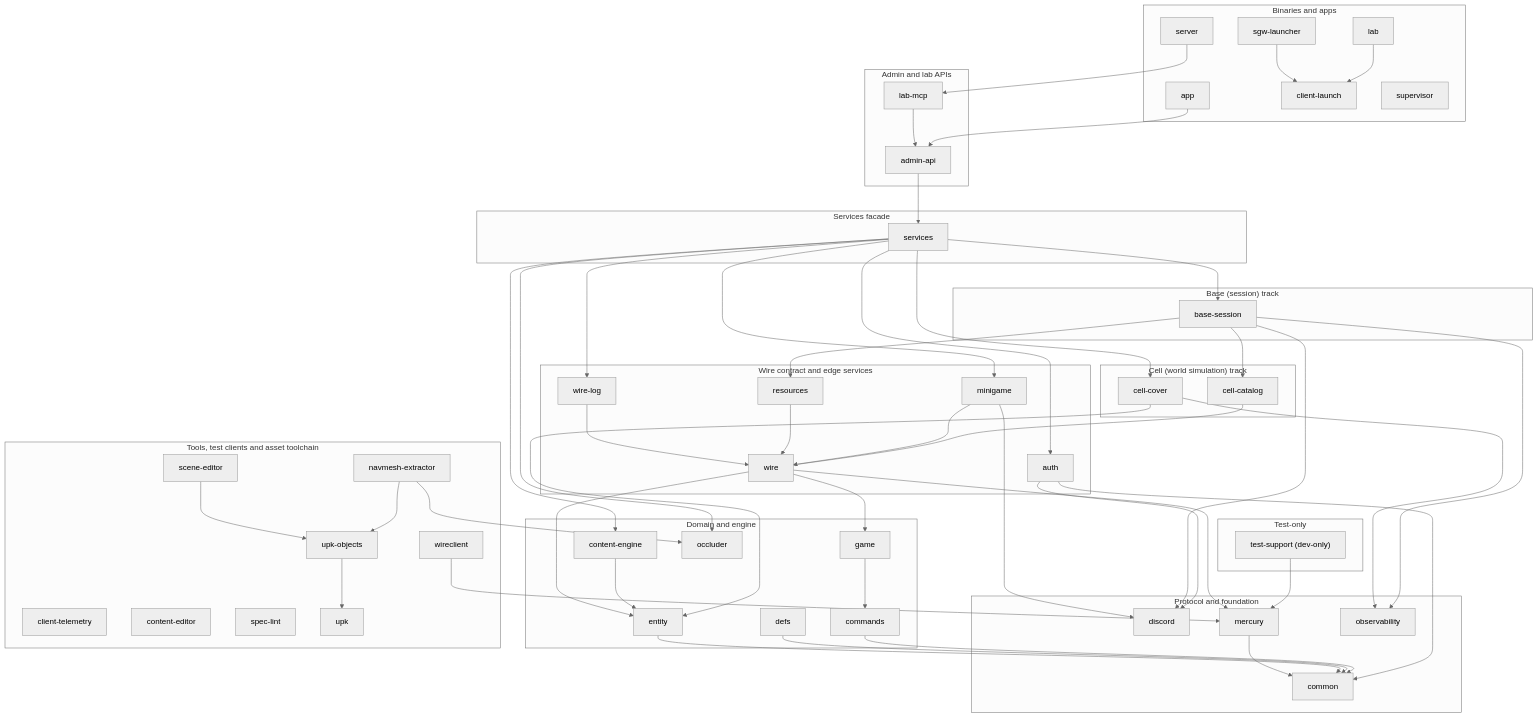
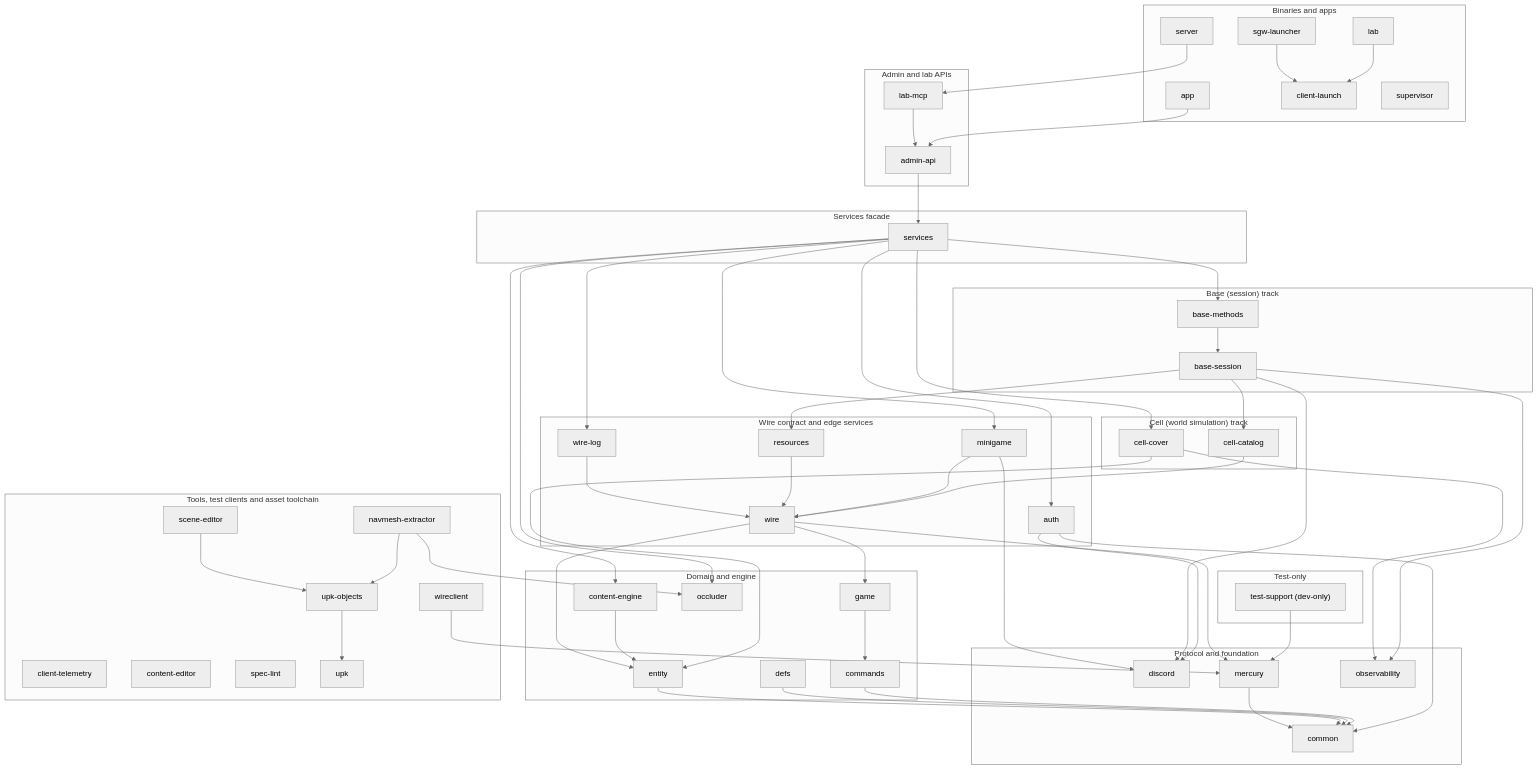
Before and after one commit to SandboxServers/Cimmeria: the diagram in README.md, drawn with Mermaid. The commit also changed other lines of this file and 85 other files, not shown here.

```diff
--- a/README.md
+++ b/README.md
@@ -118,6 +118,7 @@
         cellCover["cell-cover"]
     end
     subgraph grp_base["Base (session) track"]
+        baseMethods["base-methods"]
         baseSession["base-session"]
     end
     subgraph grp_wire["Wire contract and edge services"]
@@ -158,6 +159,7 @@
     app --> adminApi
     auth --> common
     auth --> discord
+    baseMethods --> baseSession
     baseSession --> cellCatalog
     baseSession --> discord
     baseSession --> observability
@@ -181,7 +183,7 @@
     sceneEditor --> upkObjects
     server --> labMcp
     services --> auth
-    services --> baseSession
+    services --> baseMethods
     services --> cellCover
     services --> contentEngine
     services --> minigame
```
